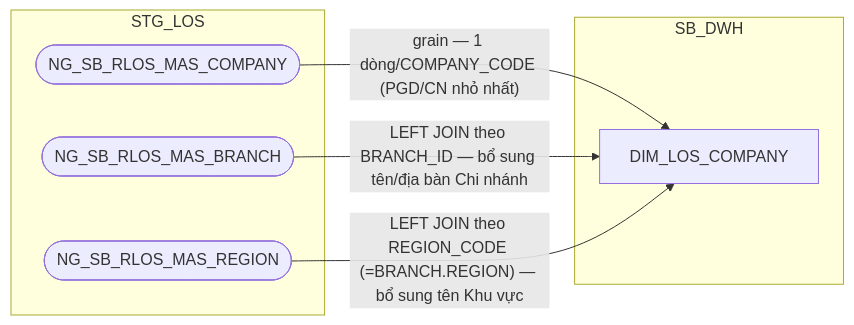
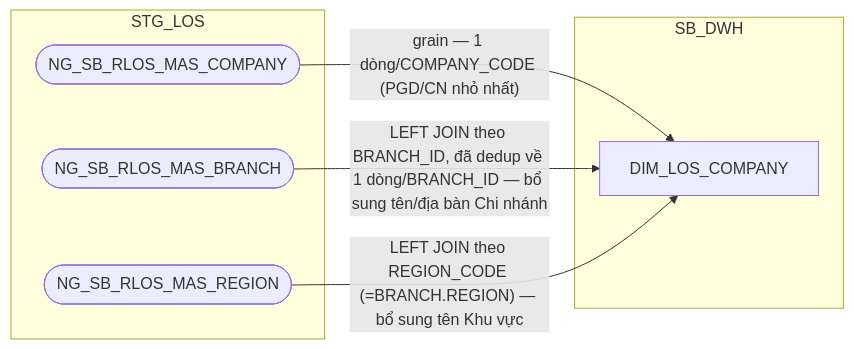
The first of 14 diagrams in hld/hld_review/HLD_DIM_SB_DWH_review.md (chien1198/sb-mapping-gen), drawn with Mermaid before and after one commit. The commit also changed other lines of this file and 11 other files, not shown here.

````diff
--- a/hld/hld_review/HLD_DIM_SB_DWH_review.md
+++ b/hld/hld_review/HLD_DIM_SB_DWH_review.md
@@ -17,14 +17,14 @@
 ```mermaid
 flowchart LR
     subgraph STG_LOS
         A(["NG_SB_RLOS_MAS_COMPANY"])
         B(["NG_SB_RLOS_MAS_BRANCH"])
         R(["NG_SB_RLOS_MAS_REGION"])
     end
     subgraph SB_DWH
         C["DIM_LOS_COMPANY"]
     end
     A -->|"grain — 1 dòng/COMPANY_CODE (PGD/CN nhỏ nhất)"| C
-    B -->|"LEFT JOIN theo BRANCH_ID — bổ sung tên/địa bàn Chi nhánh"| C
+    B -->|"LEFT JOIN theo BRANCH_ID, đã dedup về 1 dòng/BRANCH_ID — bổ sung tên/địa bàn Chi nhánh"| C
     R -->|"LEFT JOIN theo REGION_CODE (=BRANCH.REGION) — bổ sung tên Khu vực"| C
 ```
````
